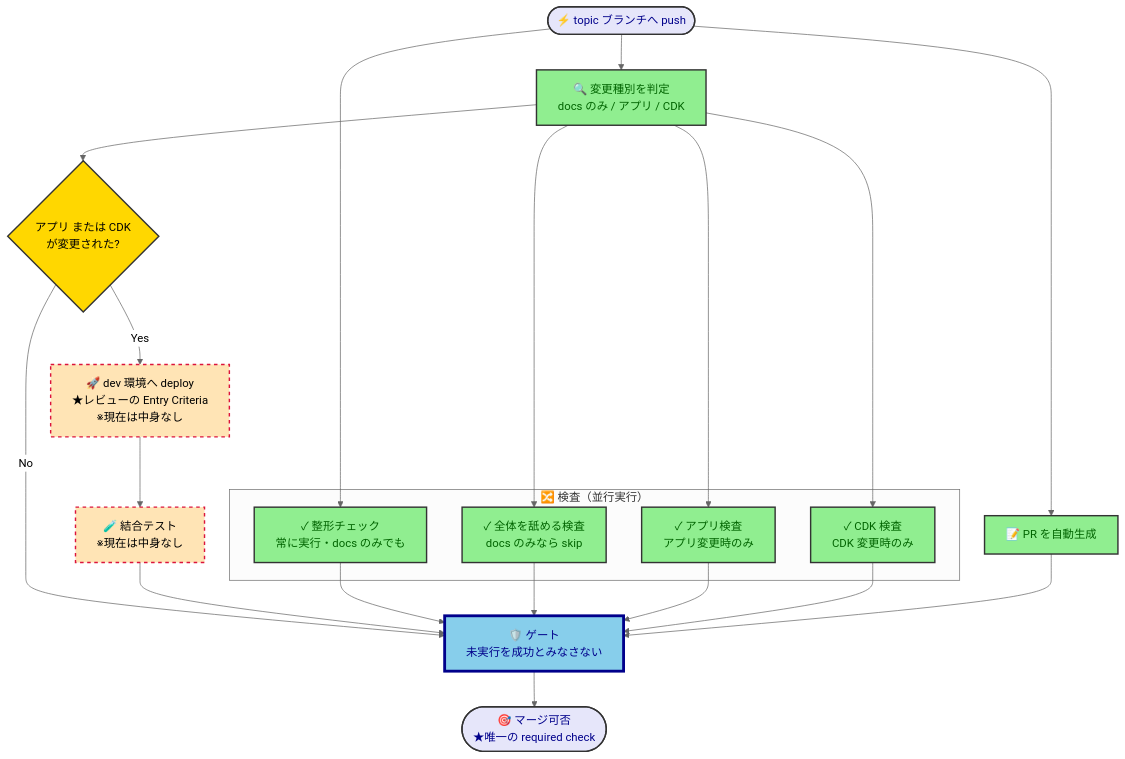
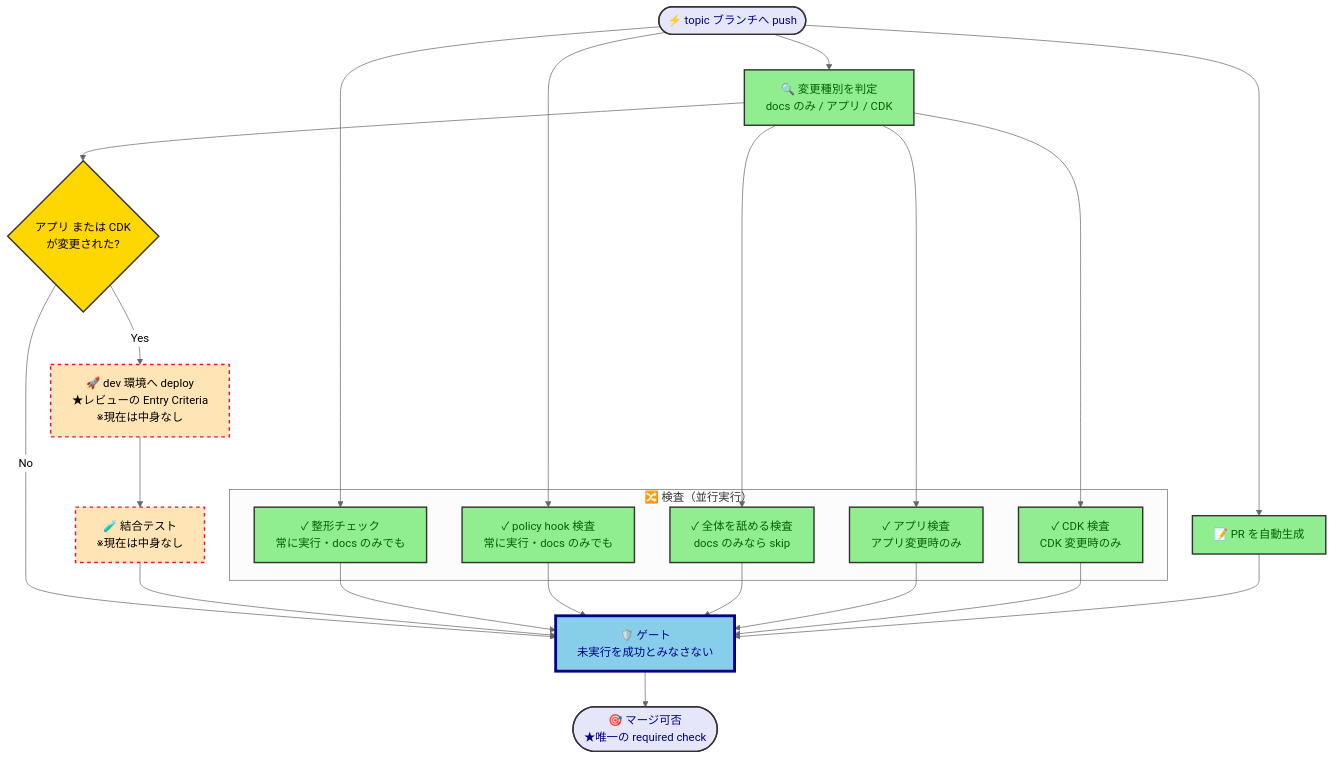
Before and after one commit to kasiopeiya/claude-dev-template: the diagram in docs/design/cicd-design.md, drawn with Mermaid (neutral theme). The commit also changed other lines of this file and 13 other files, not shown here.

First line of the commit message:
fix: policy hook の沈黙を除去し確実な発火を保証する

````diff
--- a/docs/design/cicd-design.md
+++ b/docs/design/cicd-design.md
@@ -22,47 +22,50 @@
 ```mermaid
 flowchart TD
     Push([⚡ topic ブランチへ push]) --> PR[📝 PR を自動生成]
     Push --> Detect[🔍 変更種別を判定<br/>docs のみ / アプリ / CDK]
     Push --> Format
+    Push --> PolicyHook
 
     subgraph Checks["🔀 検査（並行実行）"]
         Format[✓ 整形チェック<br/>常に実行・docs のみでも]
+        PolicyHook[✓ policy hook 検査<br/>常に実行・docs のみでも]
         Common[✓ 全体を舐める検査<br/>docs のみなら skip]
         App[✓ アプリ検査<br/>アプリ変更時のみ]
         Cdk[✓ CDK 検査<br/>CDK 変更時のみ]
     end
 
     Detect --> Common
     Detect --> App
     Detect --> Cdk
 
     Detect --> DeployCheck{アプリ または CDK<br/>が変更された?}
     Deploy["🚀 dev 環境へ deploy<br/>★レビューの Entry Criteria<br/>※現在は中身なし"]
     IT["🧪 結合テスト<br/>※現在は中身なし"]
     Gate["🛡️ ゲート<br/>未実行を成功とみなさない"]
 
     DeployCheck -->|No| Gate
     DeployCheck -->|Yes| Deploy
     Deploy --> IT
     IT --> Gate
 
     Format --> Gate
+    PolicyHook --> Gate
     Common --> Gate
     App --> Gate
     Cdk --> Gate
     PR --> Gate
 
     Gate --> Merge([🎯 マージ可否<br/>★唯一の required check])
 
     classDef startEnd fill:#E6E6FA,stroke:#333,stroke-width:2px,color:darkblue
     classDef process fill:#90EE90,stroke:#333,stroke-width:2px,color:darkgreen
     classDef decision fill:#FFD700,stroke:#333,stroke-width:2px,color:black
     classDef gate fill:#87CEEB,stroke:#00008B,stroke-width:4px,color:darkblue
     classDef hollow fill:#FFE4B5,stroke:#DC143C,stroke-width:2px,stroke-dasharray: 5 5,color:black
 
     class Push,Merge startEnd
-    class PR,Detect,Format,Common,App,Cdk process
+    class PR,Detect,Format,PolicyHook,Common,App,Cdk process
     class DeployCheck decision
     class Deploy,IT hollow
     class Gate gate
 ```
````
